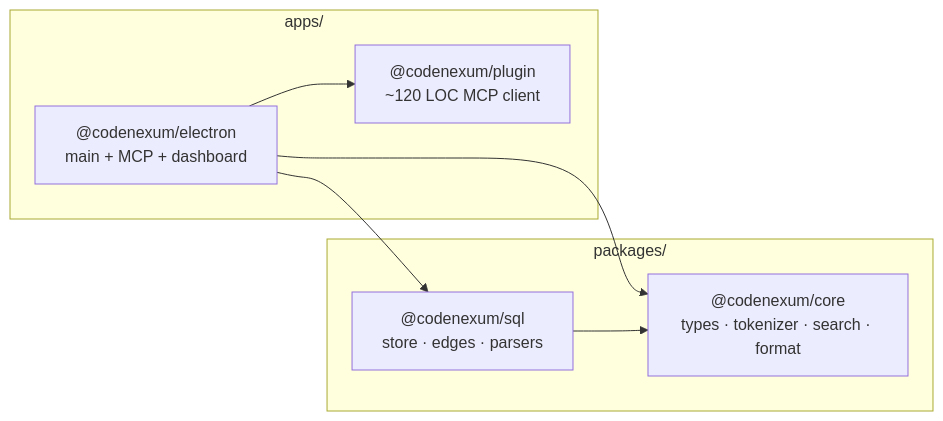
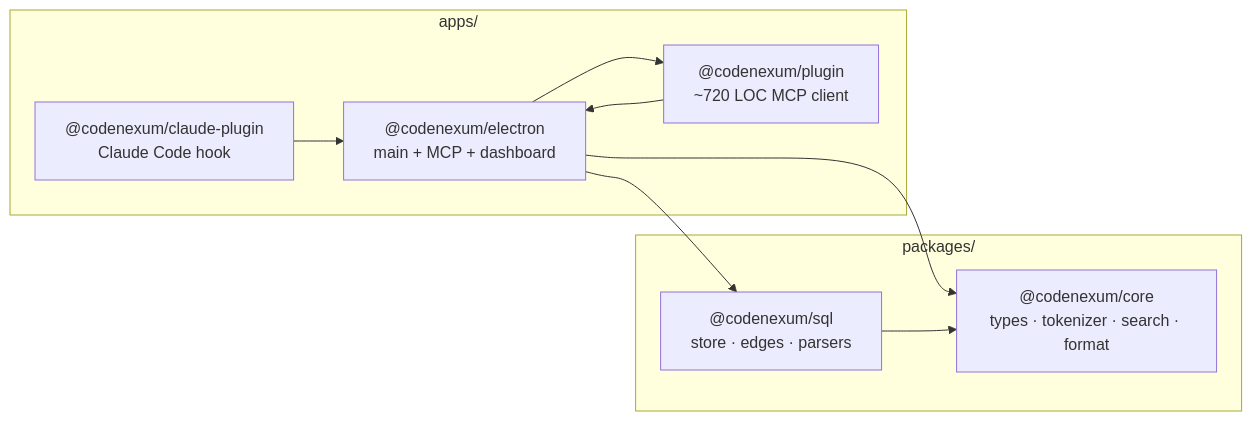
Before and after one commit to madkoding/codenexum: the fifth of 7 diagrams in README.md, drawn with Mermaid. The commit also changed other lines of this file and 29 other files, not shown here.

````diff
--- a/README.md
+++ b/README.md
@@ -190,17 +190,20 @@
 ```mermaid
 flowchart LR
     subgraph PKG[packages/]
         CORE["@codenexum/core<br/>types · tokenizer · search · format"]
         SQL["@codenexum/sql<br/>store · edges · parsers"]
     end
 
     subgraph APPS[apps/]
         EL["@codenexum/electron<br/>main + MCP + dashboard"]
-        PL["@codenexum/plugin<br/>~120 LOC MCP client"]
+        PL["@codenexum/plugin<br/>~720 LOC MCP client"]
+        CL["@codenexum/claude-plugin<br/>Claude Code hook"]
     end
 
     EL --> CORE
     EL --> SQL
     EL --> PL
     SQL --> CORE
+    PL --> EL
+    CL --> EL
 ```
````
